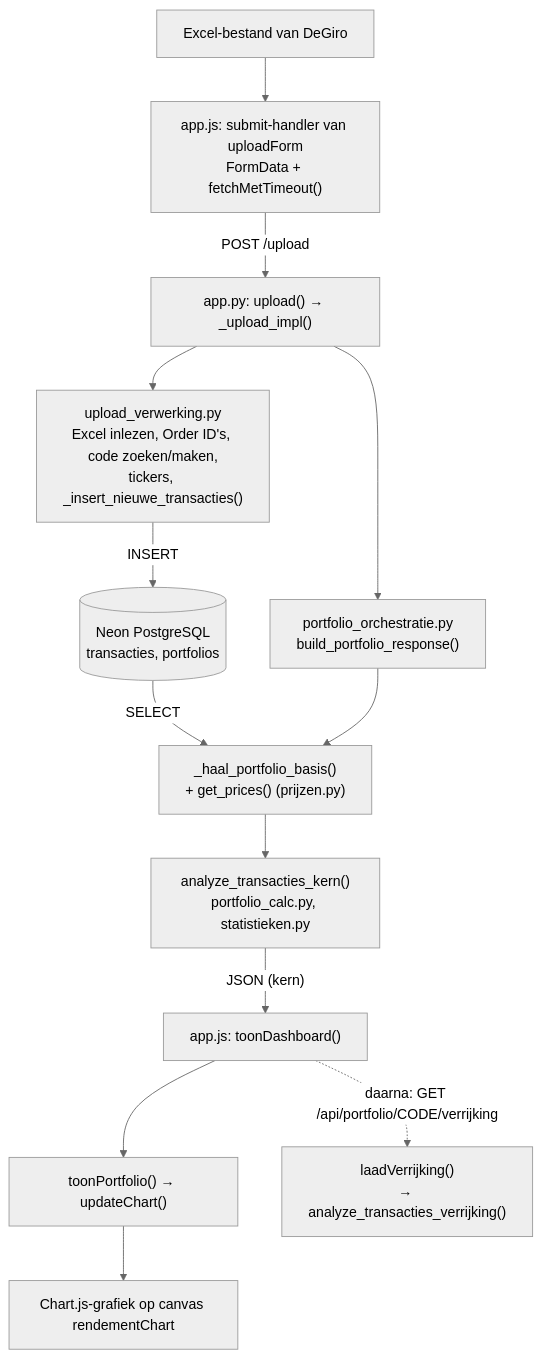
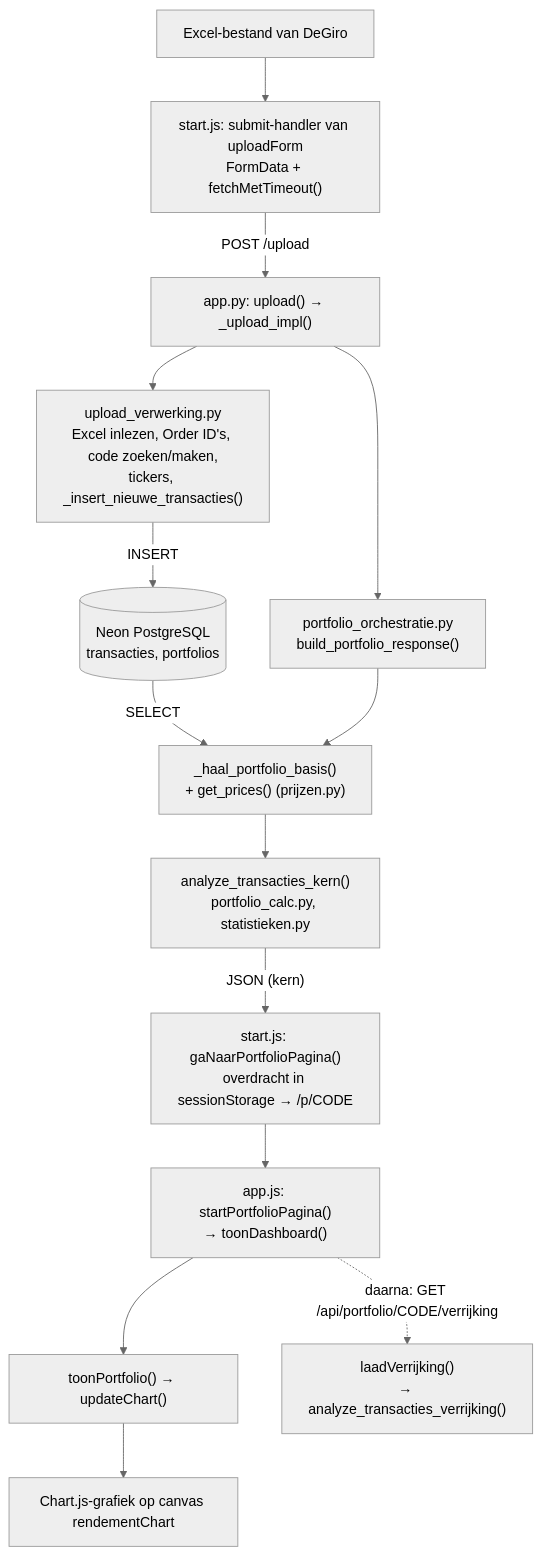
Before and after one commit to lobkest/portfolioTracker: the second of 2 diagrams in docs/CODE_OVERZICHT.md, drawn with Mermaid (neutral theme). The commit also changed other lines of this file and 15 other files, not shown here.

````diff
--- a/docs/CODE_OVERZICHT.md
+++ b/docs/CODE_OVERZICHT.md
@@ -1537,15 +1571,16 @@
 ```mermaid
 flowchart TD
-    XL["Excel-bestand van DeGiro"] --> FORM["app.js: submit-handler van uploadForm<br/>FormData + fetchMetTimeout()"]
+    XL["Excel-bestand van DeGiro"] --> FORM["start.js: submit-handler van uploadForm<br/>FormData + fetchMetTimeout()"]
     FORM -- "POST /upload" --> UP["app.py: upload() → _upload_impl()"]
     UP --> UV["upload_verwerking.py<br/>Excel inlezen, Order ID's, code zoeken/maken,<br/>tickers, _insert_nieuwe_transacties()"]
     UV -- "INSERT" --> DB[("Neon PostgreSQL<br/>transacties, portfolios")]
     UP --> BPR["portfolio_orchestratie.py<br/>build_portfolio_response()"]
     DB -- "SELECT" --> BASIS["_haal_portfolio_basis()<br/>+ get_prices() (prijzen.py)"]
     BPR --> BASIS
     BASIS --> KERN["analyze_transacties_kern()<br/>portfolio_calc.py, statistieken.py"]
-    KERN -- "JSON (kern)" --> TD["app.js: toonDashboard()"]
+    KERN -- "JSON (kern)" --> OVD["start.js: gaNaarPortfolioPagina()<br/>overdracht in sessionStorage → /p/CODE"]
+    OVD --> TD["app.js: startPortfolioPagina()<br/>→ toonDashboard()"]
     TD --> TP["toonPortfolio() → updateChart()"]
     TP --> CH["Chart.js-grafiek op canvas rendementChart"]
     TD -. "daarna: GET /api/portfolio/CODE/verrijking" .-> VER["laadVerrijking()<br/>→ analyze_transacties_verrijking()"]
 ```
````
